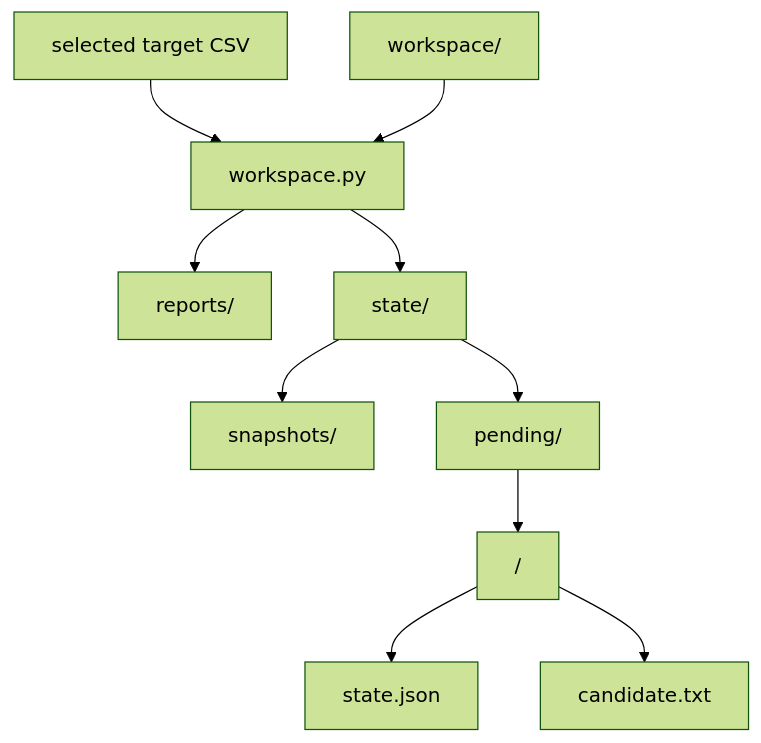
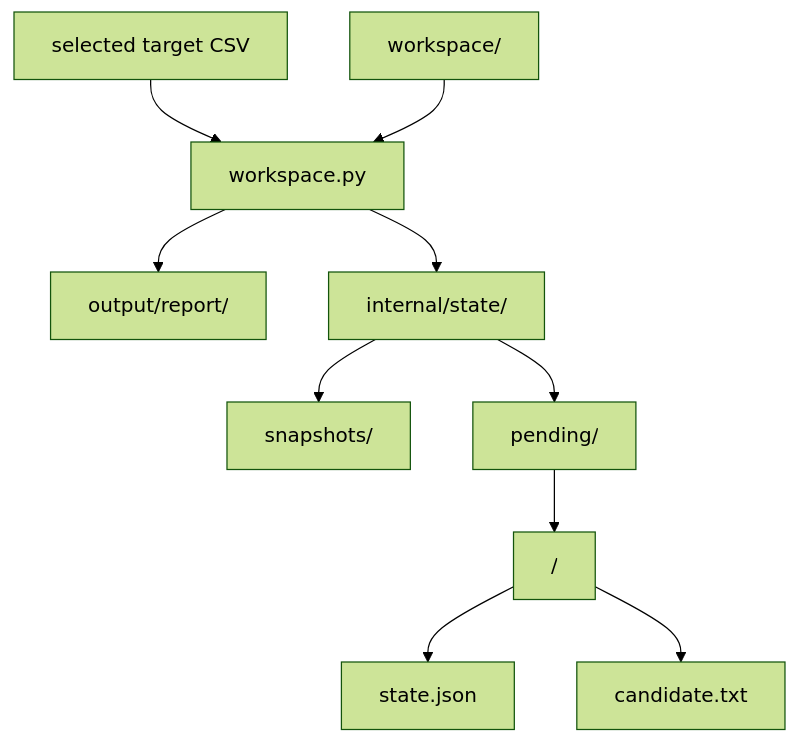
Before and after one commit to dceoy/wsum: the second of 2 diagrams in skills/web-update-monitor/SKILL.md, drawn with Mermaid (forest theme). The commit also changed other lines of this file, not shown here.

````diff
--- a/skills/web-update-monitor/SKILL.md
+++ b/skills/web-update-monitor/SKILL.md
@@ -37,12 +37,12 @@
 ```mermaid
 flowchart TB
     T["selected target CSV"] --> C["workspace.py"]
     W["workspace/"] --> C
-    C --> R["reports/"]
-    C --> S["state/"]
+    C --> R["output/report/"]
+    C --> S["internal/state/"]
     S --> SS["snapshots/"]
     S --> P["pending/"]
     P --> PT["<target-id>/"]
     PT --> PS["state.json"]
     PT --> PC["candidate.txt"]
 ```
````
